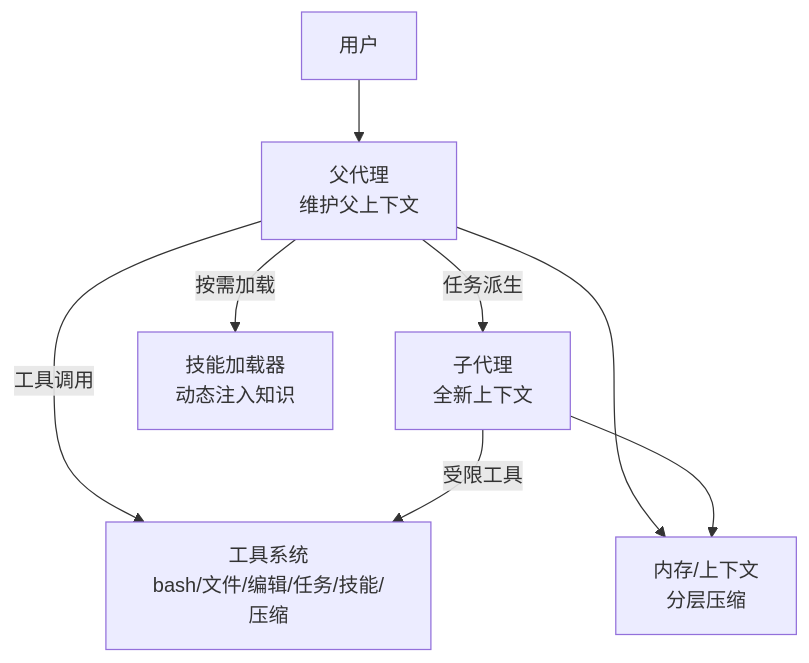
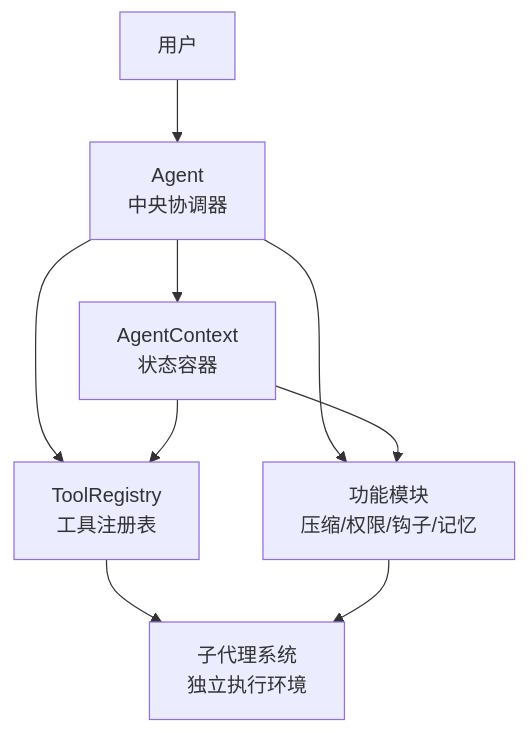
Before and after one commit to eurekaYYzero/Mini-Claude-Code: the second of 6 diagrams in .qoder/repowiki/zh/content/核心功能详解/上下文隔离架构.md, drawn with Mermaid. The commit also changed other lines of this file and 27 other files, not shown here.

````diff
--- a/.qoder/repowiki/zh/content/核心功能详解/上下文隔离架构.md
+++ b/.qoder/repowiki/zh/content/核心功能详解/上下文隔离架构.md
@@ -97,16 +98,17 @@
 ```mermaid
 graph TB
 User["用户"]
-Parent["父代理<br/>维护父上下文"]
-Subagent["子代理<br/>全新上下文"]
-Tools["工具系统<br/>bash/文件/编辑/任务/技能/压缩"]
-Skills["技能加载器<br/>动态注入知识"]
-Memory["内存/上下文<br/>分层压缩"]
-User --> Parent
-Parent --> |任务派生| Subagent
-Parent --> |工具调用| Tools
-Subagent --> |受限工具| Tools
-Parent --> |按需加载| Skills
-Parent --> Memory
-Subagent --> Memory
+Agent["Agent<br/>中央协调器"]
+Context["AgentContext<br/>状态容器"]
+ToolRegistry["ToolRegistry<br/>工具注册表"]
+Subagent["子代理系统<br/>独立执行环境"]
+Features["功能模块<br/>压缩/权限/钩子/记忆"]
+User --> Agent
+Agent --> Context
+Agent --> ToolRegistry
+Agent --> Features
+Context --> ToolRegistry
+Context --> Features
+ToolRegistry --> Subagent
+Features --> Subagent
 ```
````
